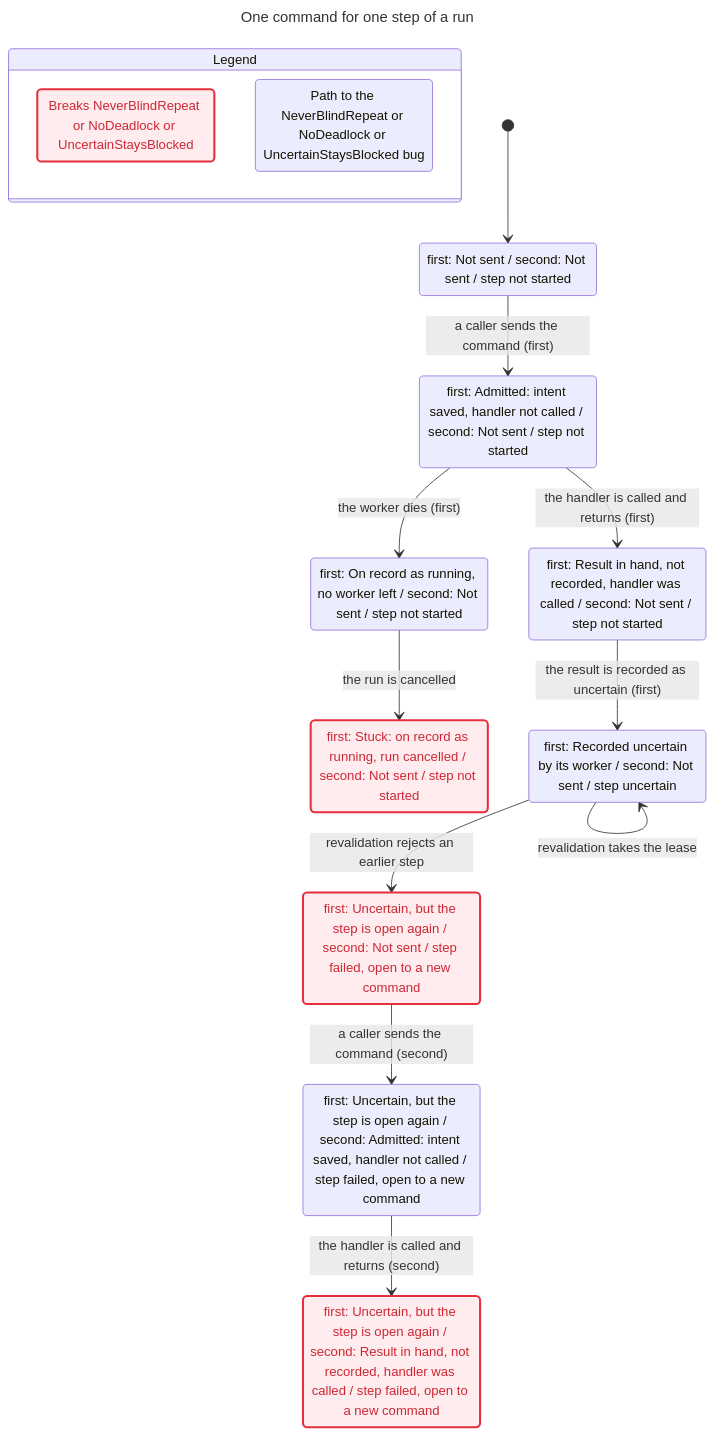
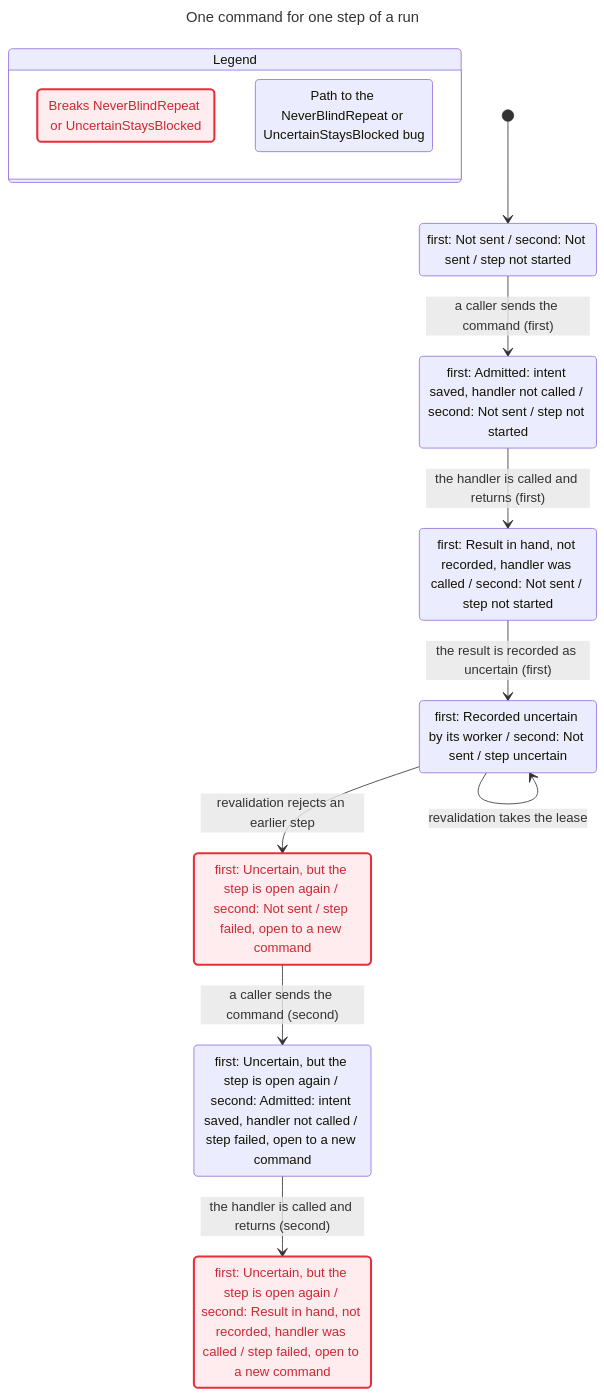
Before and after one commit to Tyler-R-Kendrick/ceremony: the diagram in verification/commands/findings.mmd, drawn with Mermaid. The commit also changed 21 other files, not shown here.

```diff
--- a/verification/commands/findings.mmd
+++ b/verification/commands/findings.mmd
@@ -1,42 +1,35 @@
 ---
 title: "One command for one step of a run"
 ---
 stateDiagram-v2
   state "Legend" as legend {
-    lg0: Breaks NeverBlindRepeat or NoDeadlock or UncertainStaysBlocked
-    lg1: Path to the NeverBlindRepeat or NoDeadlock or UncertainStaysBlocked bug
+    lg0: Breaks NeverBlindRepeat or UncertainStaysBlocked
+    lg1: Path to the NeverBlindRepeat or UncertainStaysBlocked bug
   }
   class lg0 breaks
   class lg1 bugPath
   s0: first: Not sent / second: Not sent / step not started
   s1: first: Admitted: intent saved, handler not called / second: Not sent / step not started
-  s2: first: On record as running, no worker left / second: Not sent / step not started
-  s3: first: Result in hand, not recorded, handler was called / second: Not sent / step not started
-  s4: first: Stuck: on record as running, run cancelled / second: Not sent / step not started
-  s5: first: Recorded uncertain by its worker / second: Not sent / step uncertain
-  s6: first: Uncertain, but the step is open again / second: Not sent / step failed, open to a new command
-  s7: first: Uncertain, but the step is open again / second: Admitted: intent saved, handler not called / step failed, open to a new command
-  s8: first: Uncertain, but the step is open again / second: Result in hand, not recorded, handler was called / step failed, open to a new command
+  s2: first: Result in hand, not recorded, handler was called / second: Not sent / step not started
+  s3: first: Recorded uncertain by its worker / second: Not sent / step uncertain
+  s4: first: Uncertain, but the step is open again / second: Not sent / step failed, open to a new command
+  s5: first: Uncertain, but the step is open again / second: Admitted: intent saved, handler not called / step failed, open to a new command
+  s6: first: Uncertain, but the step is open again / second: Result in hand, not recorded, handler was called / step failed, open to a new command
   [*] --> s0
   s0 --> s1: a caller sends the command (first)
-  s1 --> s2: the worker dies (first)
-  s1 --> s3: the handler is called and returns (first)
-  s2 --> s4: the run is cancelled
-  s3 --> s5: the result is recorded as uncertain (first)
-  s5 --> s5: revalidation takes the lease
-  s5 --> s6: revalidation rejects an earlier step
-  s6 --> s7: a caller sends the command (second)
-  s7 --> s8: the handler is called and returns (second)
+  s1 --> s2: the handler is called and returns (first)
+  s2 --> s3: the result is recorded as uncertain (first)
+  s3 --> s3: revalidation takes the lease
+  s3 --> s4: revalidation rejects an earlier step
+  s4 --> s5: a caller sends the command (second)
+  s5 --> s6: the handler is called and returns (second)
   classDef breaks fill:#ffecee,stroke:#e72e3b,stroke-width:2.5px,color:#cd2834
   class s0 bugPath
   class s1 bugPath
   class s2 bugPath
   class s3 bugPath
   class s4 breaks
   class s4 bugPath
   class s5 bugPath
   class s6 breaks
   class s6 bugPath
-  class s7 bugPath
-  class s8 breaks
-  class s8 bugPath
```
